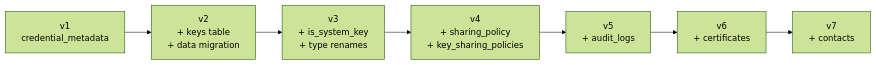
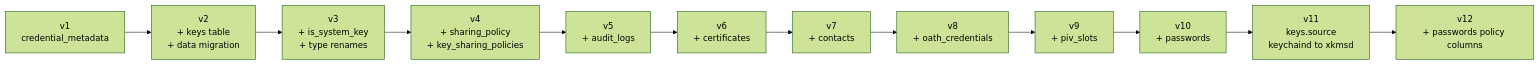
One commit to jeremyhahn/xkey-android changed the ninth of 9 diagrams in docs/hardware-backed-keys/architecture.md. Above: the diagram before and after it, drawn with Mermaid (forest theme). The commit also changed other lines of this file, not shown here.

First line of the commit message:
docs: hardware-backed-keys schema at Room version 12

````diff
--- a/docs/hardware-backed-keys/architecture.md
+++ b/docs/hardware-backed-keys/architecture.md
@@ -676,9 +727,14 @@
 ```mermaid
 graph LR
     V1["v1<br/>credential_metadata"] --> V2["v2<br/>+ keys table<br/>+ data migration"]
     V2 --> V3["v3<br/>+ is_system_key<br/>+ type renames"]
     V3 --> V4["v4<br/>+ sharing_policy<br/>+ key_sharing_policies"]
     V4 --> V5["v5<br/>+ audit_logs"]
     V5 --> V6["v6<br/>+ certificates"]
     V6 --> V7["v7<br/>+ contacts"]
+    V7 --> V8["v8<br/>+ oath_credentials"]
+    V8 --> V9["v9<br/>+ piv_slots"]
+    V9 --> V10["v10<br/>+ passwords"]
+    V10 --> V11["v11<br/>keys.source<br/>keychaind to xkmsd"]
+    V11 --> V12["v12<br/>+ passwords policy columns"]
 ```
````
